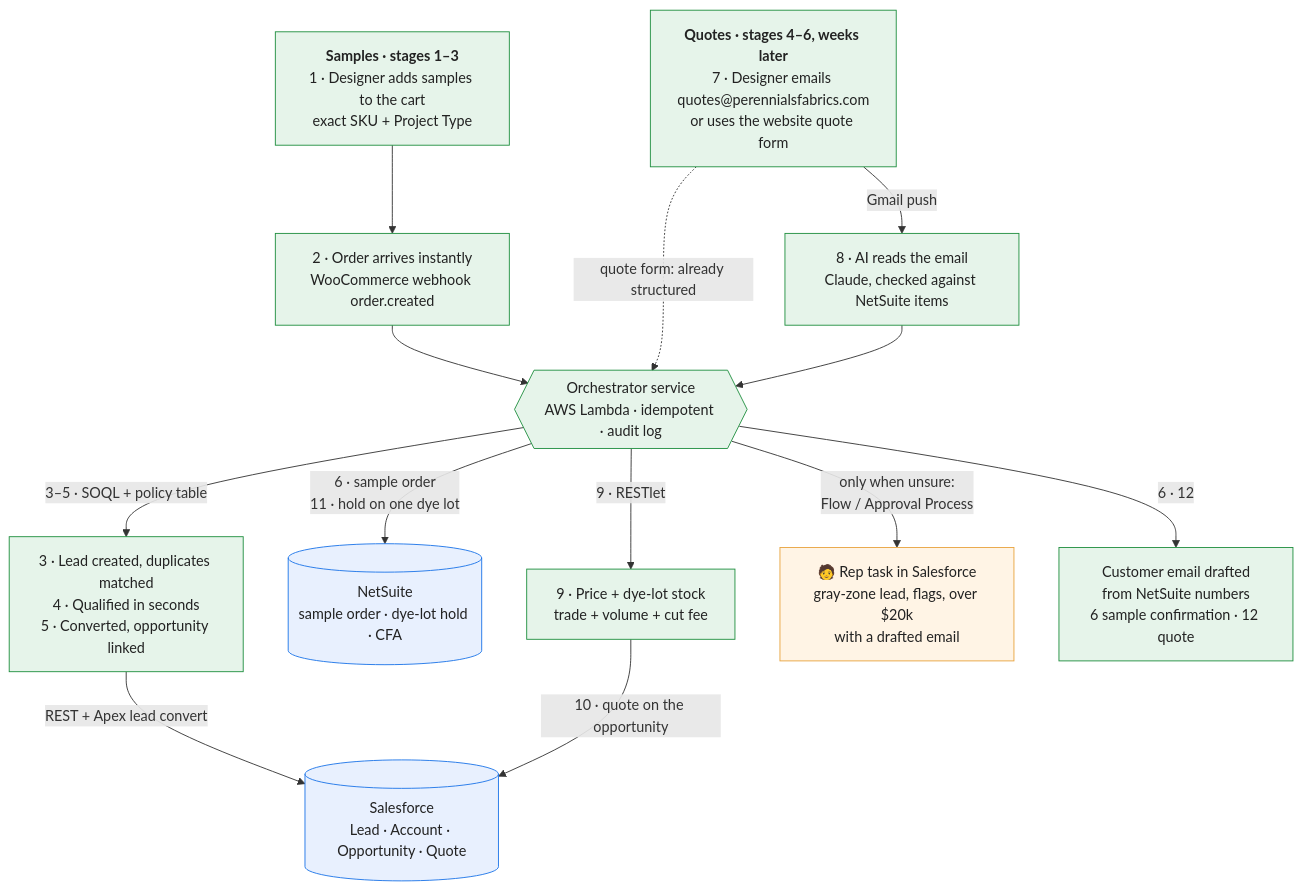
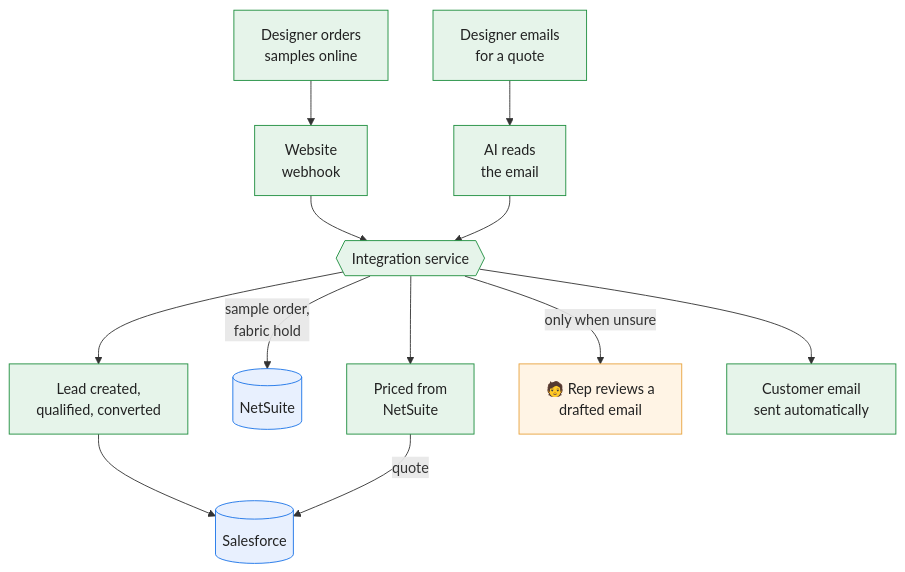
The second of 2 diagrams in README.md (bennettdavisv2/perennials-sample-to-quote), drawn with Mermaid before and after one commit. The commit also changed other lines of this file, not shown here.

Commit message:
README: simplify old/new diagrams for a quick glance
- No stage labels or step numbers; short box labels; fewer edge labels
- Detail stays in the "What changed, and how it's built" table

````diff
--- a/README.md
+++ b/README.md
@@ -28,21 +26,20 @@
 ```mermaid
 flowchart TB
-  s1["<b>Samples · stages 1–3</b><br/>1 · Designer adds samples to the cart<br/>exact SKU + Project Type"] --> wh["2 · Order arrives instantly<br/>WooCommerce webhook order.created"]
-  wh --> orch
-  q1["<b>Quotes · stages 4–6, weeks later</b><br/>7 · Designer emails quotes@perennialsfabrics.com<br/>or uses the website quote form"] -- "Gmail push" --> ai["8 · AI reads the email<br/>Claude, checked against NetSuite items"]
-  q1 -. "quote form: already structured" .-> orch
-  ai --> orch{{"Orchestrator service<br/>AWS Lambda · idempotent · audit log"}}
-  orch -- "3–5 · SOQL + policy table" --> dq["3 · Lead created, duplicates matched<br/>4 · Qualified in seconds<br/>5 · Converted, opportunity linked"]
-  dq -- "REST + Apex lead convert" --> sf[("Salesforce<br/>Lead · Account · Opportunity · Quote")]
-  orch -- "6 · sample order<br/>11 · hold on one dye lot" --> ns[("NetSuite<br/>sample order · dye-lot hold · CFA")]
-  orch -- "9 · RESTlet" --> pr["9 · Price + dye-lot stock<br/>trade + volume + cut fee"]
-  pr -- "10 · quote on the opportunity" --> sf
-  orch -- "only when unsure:<br/>Flow / Approval Process" --> rv["🧑 Rep task in Salesforce<br/>gray-zone lead, flags, over $20k<br/>with a drafted email"]
-  orch -- "6 · 12" --> em["Customer email drafted<br/>from NetSuite numbers<br/>6 sample confirmation · 12 quote"]
+  s1["Designer orders<br/>samples online"] --> wh["Website<br/>webhook"]
+  q1["Designer emails<br/>for a quote"] --> ai["AI reads<br/>the email"]
+  wh --> orch{{"Integration service"}}
+  ai --> orch
+  orch --> dq["Lead created,<br/>qualified, converted"]
+  dq --> sf[("Salesforce")]
+  orch -- "sample order,<br/>fabric hold" --> ns[("NetSuite")]
+  orch --> pr["Priced from<br/>NetSuite"]
+  pr -- "quote" --> sf
+  orch -- "only when unsure" --> rv["🧑 Rep reviews a<br/>drafted email"]
+  orch --> em["Customer email<br/>sent automatically"]
   classDef auto fill:#e6f4ea,stroke:#1e8e3e,color:#222
   classDef human fill:#fff4e5,stroke:#e8a33d,color:#222
   classDef sys fill:#e8f0fe,stroke:#1a73e8,color:#222
   class s1,wh,q1,ai,orch,dq,pr,em auto
   class rv human
   class sf,ns sys
 ```
````
